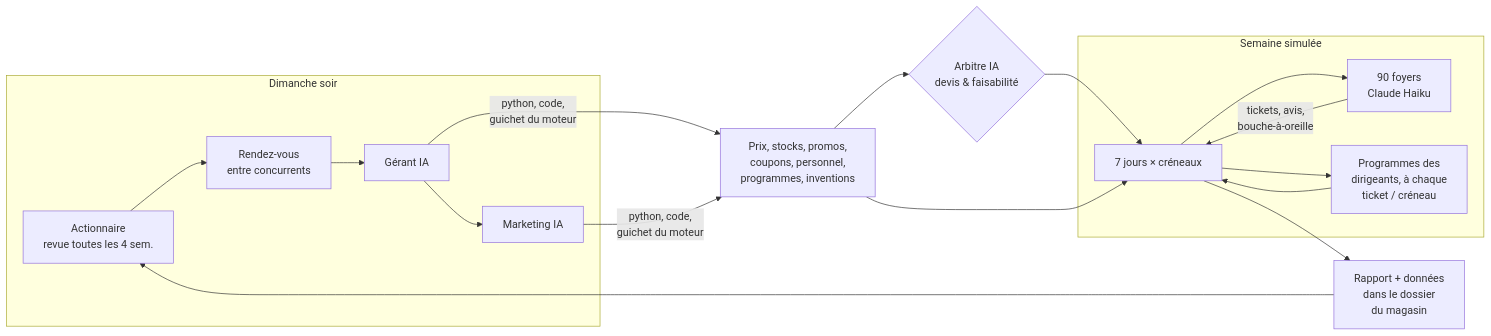
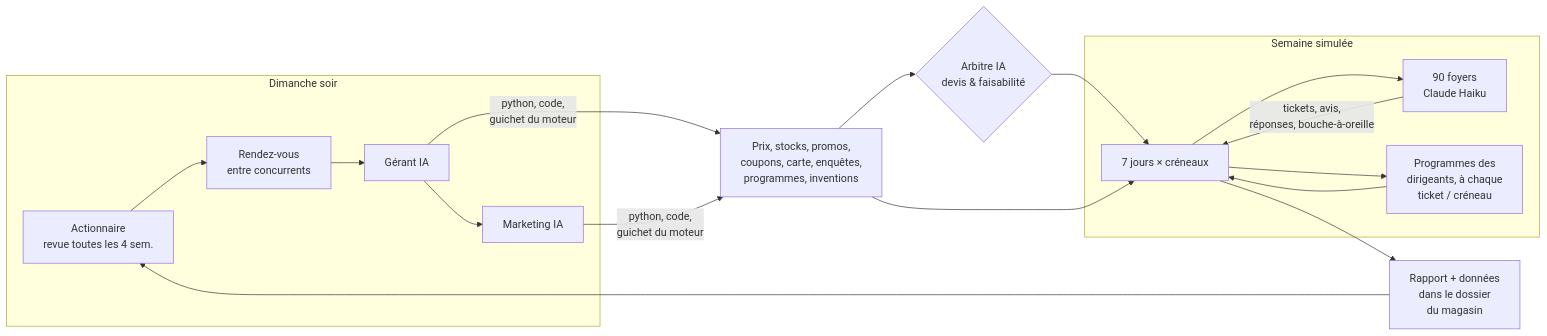
The diagram in README.md (noepalego/shelf-wars), drawn with Mermaid before and after one commit. The commit also changed other lines of this file and 23 other files, not shown here.

````diff
--- a/README.md
+++ b/README.md
@@ -29,20 +36,20 @@
 ```mermaid
 flowchart LR
     subgraph Dimanche soir
         ACT[Actionnaire<br/>revue toutes les 4 sem.] --> RDV[Rendez-vous<br/>entre concurrents]
         RDV --> G[Gérant IA]
         G --> M[Marketing IA]
     end
-    G & M -- "python, code,<br/>guichet du moteur" --> OUT[Prix, stocks, promos,<br/>coupons, personnel,<br/>programmes, inventions]
+    G & M -- "python, code,<br/>guichet du moteur" --> OUT[Prix, stocks, promos,<br/>coupons, carte, enquêtes,<br/>programmes, inventions]
     OUT --> ARB{Arbitre IA<br/>devis & faisabilité}
     ARB --> SEM
     OUT --> SEM
     subgraph Semaine simulée
         SEM[7 jours × créneaux] --> H[90 foyers<br/>Claude Haiku]
-        H -- tickets, avis,<br/>bouche-à-oreille --> SEM
+        H -- tickets, avis,<br/>réponses, bouche-à-oreille --> SEM
         SEM --> PROG[Programmes des<br/>dirigeants, à chaque<br/>ticket / créneau]
         PROG --> SEM
     end
     SEM --> RAP[Rapport + données<br/>dans le dossier<br/>du magasin]
     RAP --> ACT
 ```
````
